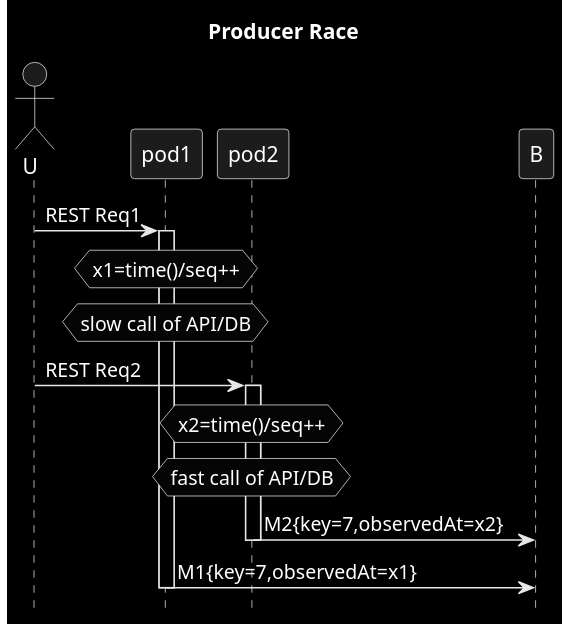
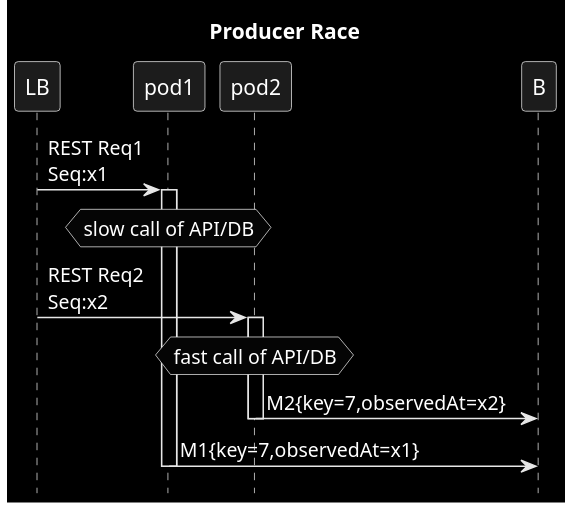
Before and after one commit to victorrentea/kafka: the diagram in patterns/2b_out_of_order_p.puml, drawn with PlantUML.

```diff
--- a/patterns/2b_out_of_order_p.puml
+++ b/patterns/2b_out_of_order_p.puml
@@ -1,19 +1,16 @@
 @startuml
 title Producer Race
 hide footbox
 skinparam monochrome reverse
-actor U
 
-U->pod1: REST Req1
+LB->pod1: REST Req1\nSeq:x1
 activate pod1
-hnote over pod1: x1=time()/seq++
 hnote over pod1: slow call of API/DB
-U->pod2: REST Req2
+LB->pod2: REST Req2\nSeq:x2
 activate pod2
-hnote over pod2: x2=time()/seq++
 hnote over pod2: fast call of API/DB
 pod2->B: M2{key=7,observedAt=x2}
 deactivate pod2
 pod1->B: M1{key=7,observedAt=x1}
 deactivate pod1
 @enduml
```
